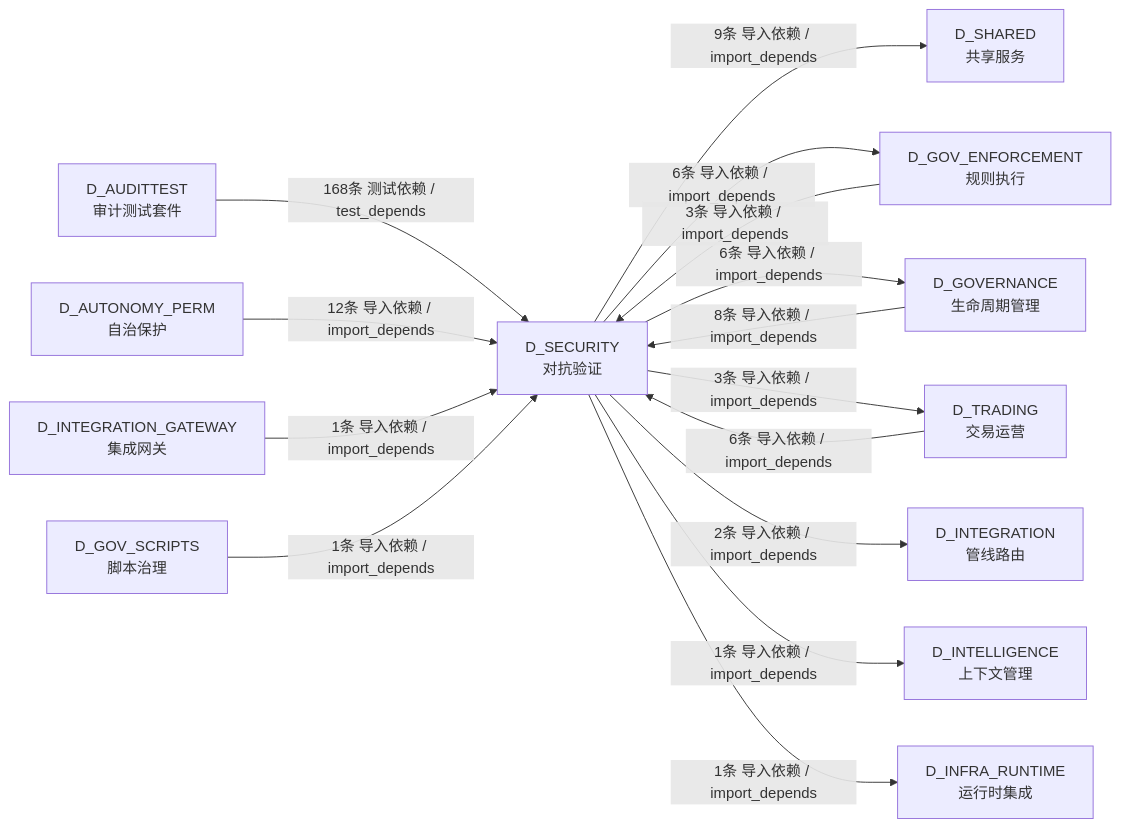
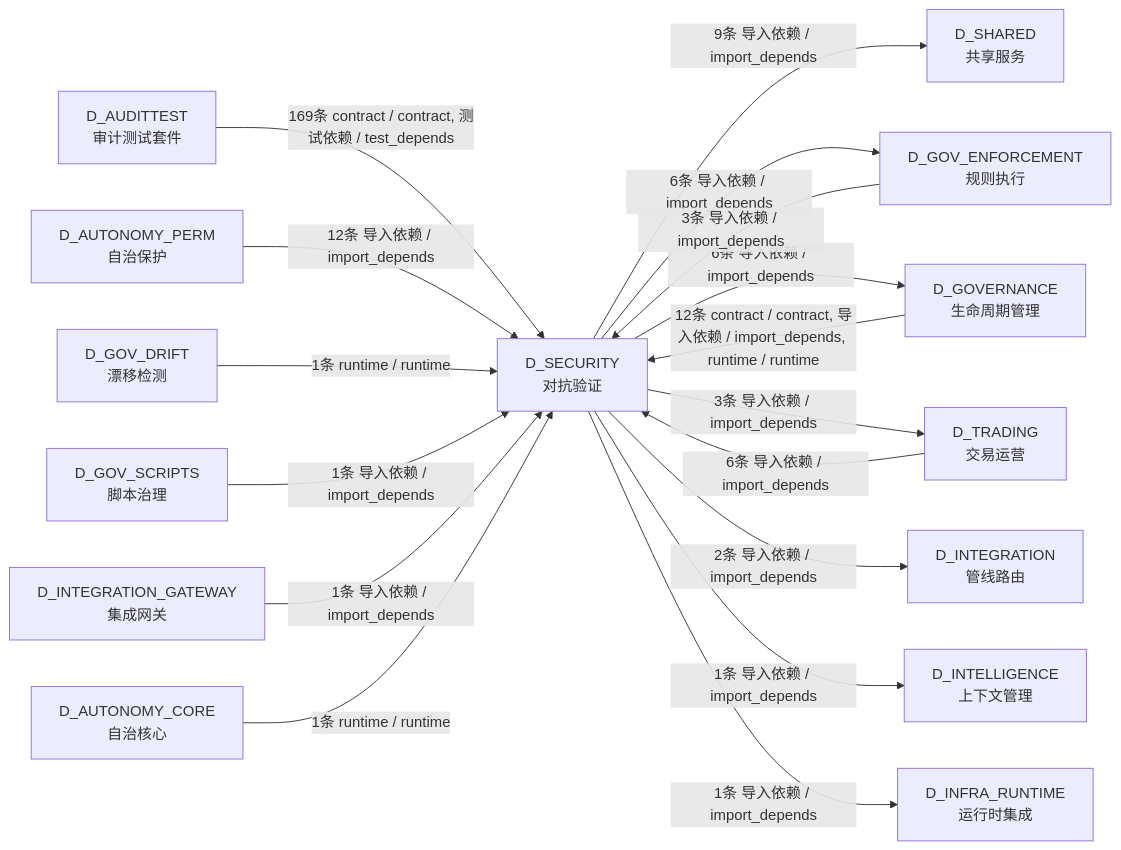
The eighth of 8 diagrams in docs/02_enterprise_architecture/02_domain_architecture_docs/17_d_security.md (xuanFelixVan/ZephyrAlpha), drawn with Mermaid before and after one commit. The commit also changed other lines of this file and 100 other files, not shown here.

````diff
--- a/docs/02_enterprise_architecture/02_domain_architecture_docs/17_d_security.md
+++ b/docs/02_enterprise_architecture/02_domain_architecture_docs/17_d_security.md
@@ -1200,29 +1206,33 @@
 ```mermaid
 graph LR
     D_SECURITY["D_SECURITY<br/>对抗验证"]
     D_SHARED["D_SHARED<br/>共享服务"]
     D_GOV_ENFORCEMENT["D_GOV_ENFORCEMENT<br/>规则执行"]
     D_GOVERNANCE["D_GOVERNANCE<br/>生命周期管理"]
     D_TRADING["D_TRADING<br/>交易运营"]
     D_INTEGRATION["D_INTEGRATION<br/>管线路由"]
     D_INTELLIGENCE["D_INTELLIGENCE<br/>上下文管理"]
     D_INFRA_RUNTIME["D_INFRA_RUNTIME<br/>运行时集成"]
     D_AUDITTEST["D_AUDITTEST<br/>审计测试套件"]
     D_AUTONOMY_PERM["D_AUTONOMY_PERM<br/>自治保护"]
+    D_GOV_DRIFT["D_GOV_DRIFT<br/>漂移检测"]
+    D_GOV_SCRIPTS["D_GOV_SCRIPTS<br/>脚本治理"]
     D_INTEGRATION_GATEWAY["D_INTEGRATION_GATEWAY<br/>集成网关"]
-    D_GOV_SCRIPTS["D_GOV_SCRIPTS<br/>脚本治理"]
+    D_AUTONOMY_CORE["D_AUTONOMY_CORE<br/>自治核心"]
     D_SECURITY -->|9条 导入依赖 / import_depends| D_SHARED
     D_SECURITY -->|6条 导入依赖 / import_depends| D_GOV_ENFORCEMENT
     D_SECURITY -->|6条 导入依赖 / import_depends| D_GOVERNANCE
     D_SECURITY -->|3条 导入依赖 / import_depends| D_TRADING
     D_SECURITY -->|2条 导入依赖 / import_depends| D_INTEGRATION
     D_SECURITY -->|1条 导入依赖 / import_depends| D_INTELLIGENCE
     D_SECURITY -->|1条 导入依赖 / import_depends| D_INFRA_RUNTIME
-    D_AUDITTEST -->|168条 测试依赖 / test_depends| D_SECURITY
+    D_AUDITTEST -->|169条 contract / contract, 测试依赖 / test_depends| D_SECURITY
+    D_GOVERNANCE -->|12条 contract / contract, 导入依赖 / import_depends, runtime / runtime| D_SECURITY
     D_AUTONOMY_PERM -->|12条 导入依赖 / import_depends| D_SECURITY
-    D_GOVERNANCE -->|8条 导入依赖 / import_depends| D_SECURITY
     D_TRADING -->|6条 导入依赖 / import_depends| D_SECURITY
     D_GOV_ENFORCEMENT -->|3条 导入依赖 / import_depends| D_SECURITY
+    D_GOV_DRIFT -->|1条 runtime / runtime| D_SECURITY
+    D_GOV_SCRIPTS -->|1条 导入依赖 / import_depends| D_SECURITY
     D_INTEGRATION_GATEWAY -->|1条 导入依赖 / import_depends| D_SECURITY
-    D_GOV_SCRIPTS -->|1条 导入依赖 / import_depends| D_SECURITY
+    D_AUTONOMY_CORE -->|1条 runtime / runtime| D_SECURITY
 ```
````
